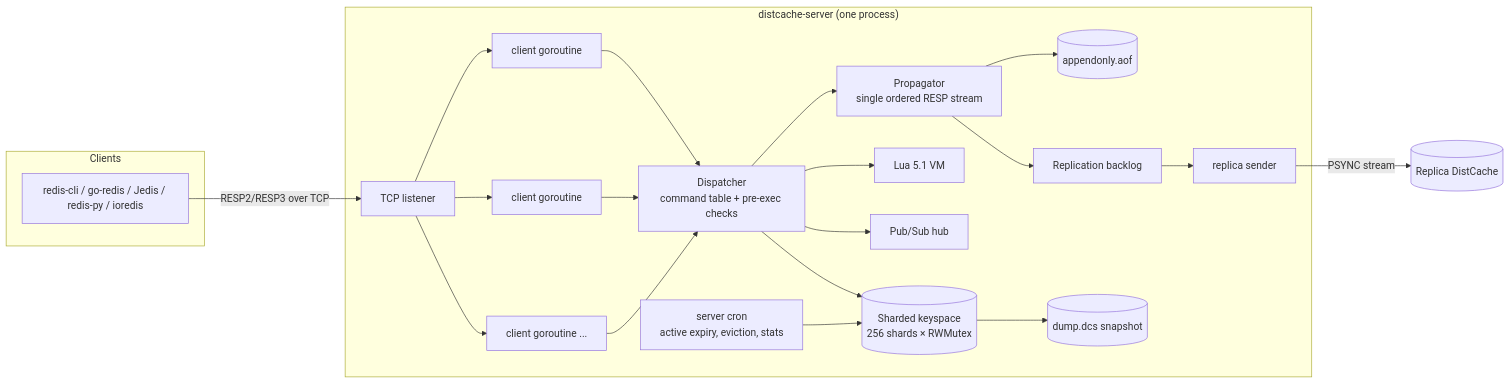
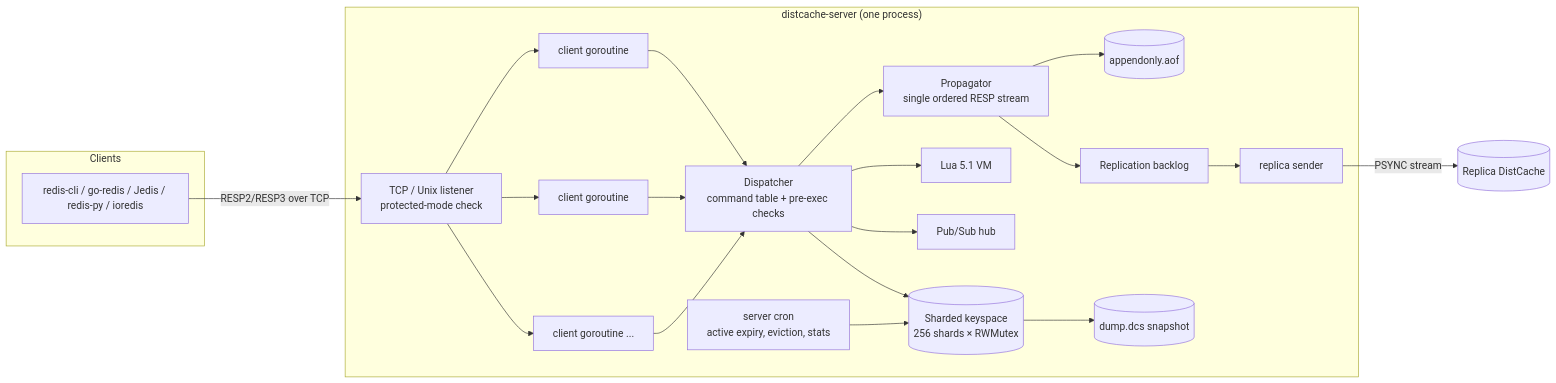
The first of 8 diagrams in docs/architecture.md (rabbicse/distcache), drawn with Mermaid before and after one commit. The commit also changed other lines of this file and 15 other files, not shown here.

````diff
--- a/docs/architecture.md
+++ b/docs/architecture.md
@@ -8,23 +8,23 @@
 ```mermaid
 flowchart LR
     subgraph Clients
         C1[redis-cli / go-redis / Jedis / redis-py / ioredis]
     end
     subgraph DistCache["distcache-server (one process)"]
-        L[TCP listener] --> G1[client goroutine]
+        L[TCP / Unix listener<br/>protected-mode check] --> G1[client goroutine]
         L --> G2[client goroutine]
         L --> G3[client goroutine ...]
         G1 & G2 & G3 --> D[Dispatcher<br/>command table + pre-exec checks]
         D --> KS[(Sharded keyspace<br/>256 shards × RWMutex)]
         D --> LUA[Lua 5.1 VM]
         D --> PS[Pub/Sub hub]
         D --> P[Propagator<br/>single ordered RESP stream]
         P --> AOF[(appendonly.aof)]
         P --> BL[Replication backlog]
         BL --> R1[replica sender]
         KS --> SNAP[(dump.dcs snapshot)]
         CRON[server cron<br/>active expiry, eviction, stats] --> KS
     end
     C1 -- RESP2/RESP3 over TCP --> L
     R1 -- PSYNC stream --> REP[(Replica DistCache)]
 ```
````
